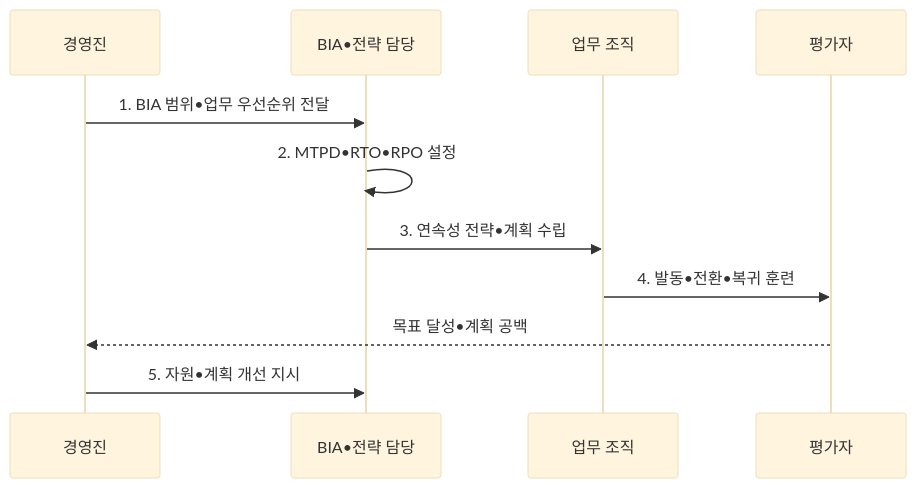
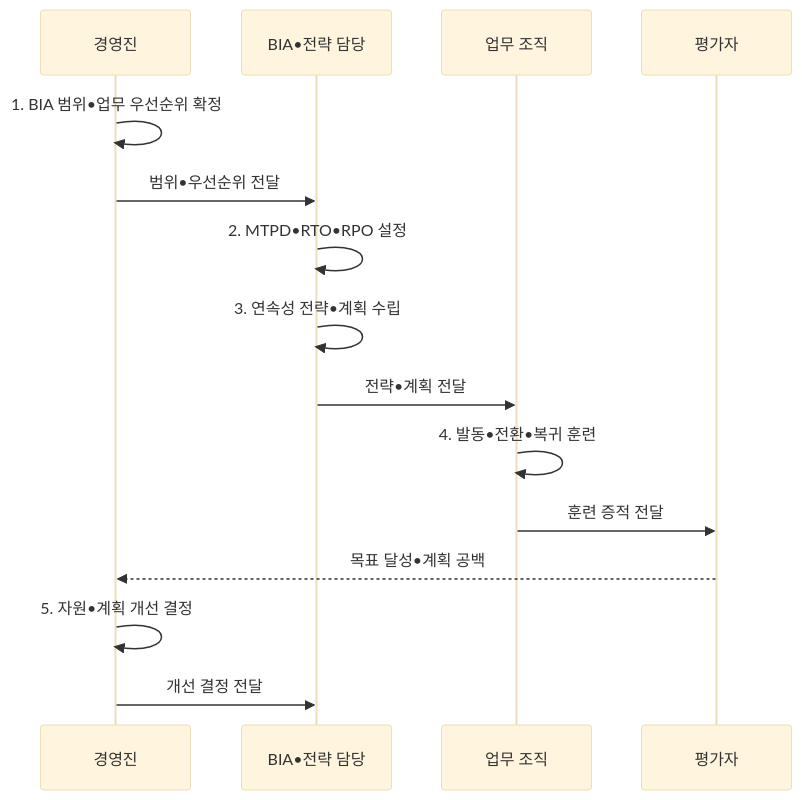
The second of 2 diagrams in src/content/docs/notes/05-security/110_business_continuity_plan.md (agnusdei1207/knowledge-base), drawn with Mermaid (base theme) before and after one commit. The commit also changed other lines of this file and 20 other files, not shown here.

````diff
--- a/src/content/docs/notes/05-security/110_business_continuity_plan.md
+++ b/src/content/docs/notes/05-security/110_business_continuity_plan.md
@@ -105,13 +105,17 @@
 ```mermaid
 sequenceDiagram
   participant M as 경영진
   participant S as BIA•전략 담당
   participant O as 업무 조직
   participant A as 평가자
-  M->>S: 1. BIA 범위•업무 우선순위 전달
+  M->>M: 1. BIA 범위•업무 우선순위 확정
+  M->>S: 범위•우선순위 전달
   S->>S: 2. MTPD•RTO•RPO 설정
-  S->>O: 3. 연속성 전략•계획 수립
-  O->>A: 4. 발동•전환•복귀 훈련
+  S->>S: 3. 연속성 전략•계획 수립
+  S->>O: 전략•계획 전달
+  O->>O: 4. 발동•전환•복귀 훈련
+  O->>A: 훈련 증적 전달
   A-->>M: 목표 달성•계획 공백
-  M->>S: 5. 자원•계획 개선 지시
+  M->>M: 5. 자원•계획 개선 결정
+  M->>S: 개선 결정 전달
 ```
````
